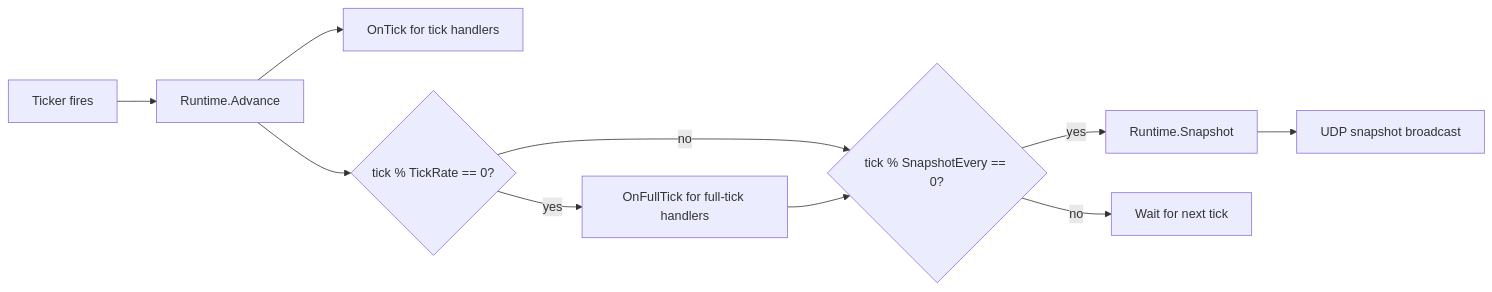
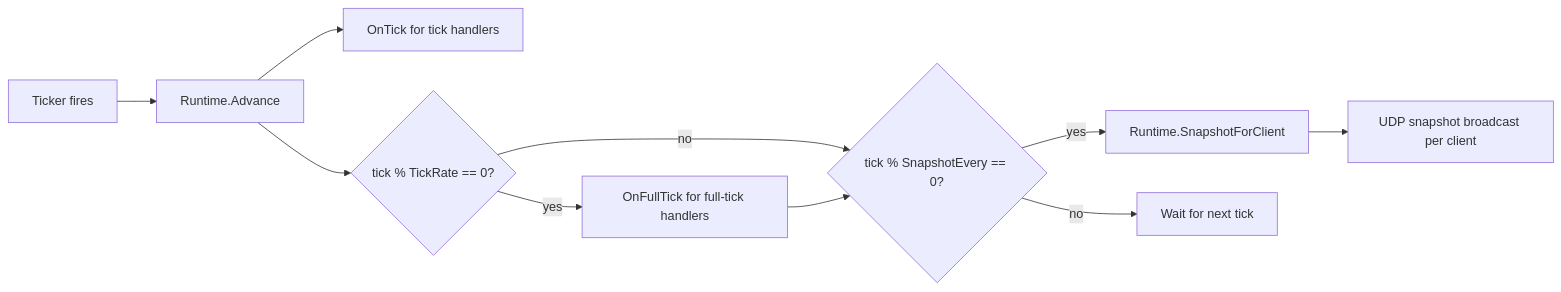
Before and after one commit to MihaelBLKN/Enserva: the third of 3 diagrams in documentation/docs/architecture.md, drawn with Mermaid. The commit also changed other lines of this file and 14 other files, not shown here.

````diff
--- a/documentation/docs/architecture.md
+++ b/documentation/docs/architecture.md
@@ -82,12 +83,12 @@
 ```mermaid
 flowchart LR
     Tick["Ticker fires"] --> Advance["Runtime.Advance"]
     Advance --> OnTick["OnTick for tick handlers"]
     Advance --> Full{"tick % TickRate == 0?"}
     Full -->|yes| OnFullTick["OnFullTick for full-tick handlers"]
     Full -->|no| SnapshotCheck
     OnFullTick --> SnapshotCheck{"tick % SnapshotEvery == 0?"}
-    SnapshotCheck -->|yes| Snapshot["Runtime.Snapshot"]
-    Snapshot --> Broadcast["UDP snapshot broadcast"]
+    SnapshotCheck -->|yes| Snapshot["Runtime.SnapshotForClient"]
+    Snapshot --> Broadcast["UDP snapshot broadcast per client"]
     SnapshotCheck -->|no| Done["Wait for next tick"]
 ```
````
